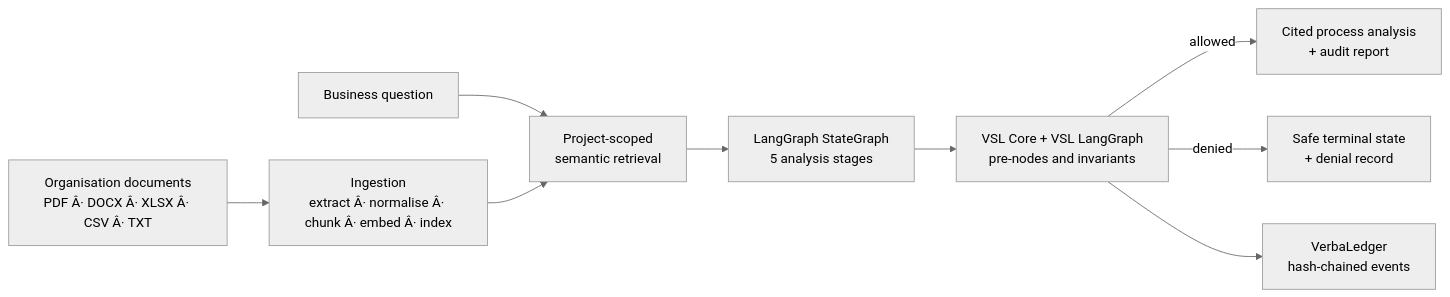
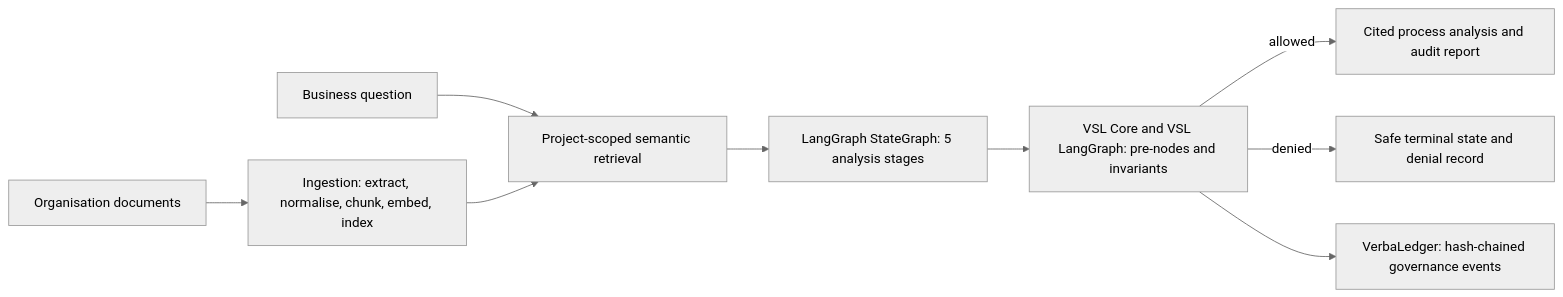
The diagram in README.md (raheshcse/ai-business-process-discovery-agent), drawn with Mermaid (neutral theme) before and after one commit. The commit also changed other lines of this file, not shown here.

Commit message:
docs: replace README with clean UTF-8-safe version

````diff
--- a/README.md
+++ b/README.md
@@ -23,11 +21,11 @@
 ```mermaid
 flowchart LR
-    A["Organisation documents\nPDF Â· DOCX Â· XLSX Â· CSV Â· TXT"] --> B["Ingestion\nextract Â· normalise Â· chunk Â· embed Â· index"]
-    Q["Business question"] --> C["Project-scoped\nsemantic retrieval"]
+    A["Organisation documents"] --> B["Ingestion: extract, normalise, chunk, embed, index"]
+    Q["Business question"] --> C["Project-scoped semantic retrieval"]
     B --> C
-    C --> D["LangGraph StateGraph\n5 analysis stages"]
-    D --> E["VSL Core + VSL LangGraph\npre-nodes and invariants"]
-    E -->|"allowed"| F["Cited process analysis\n+ audit report"]
-    E -->|"denied"| G["Safe terminal state\n+ denial record"]
-    E --> H["VerbaLedger\nhash-chained events"]
+    C --> D["LangGraph StateGraph: 5 analysis stages"]
+    D --> E["VSL Core and VSL LangGraph: pre-nodes and invariants"]
+    E -->|allowed| F["Cited process analysis and audit report"]
+    E -->|denied| G["Safe terminal state and denial record"]
+    E --> H["VerbaLedger: hash-chained governance events"]
 ```
````
